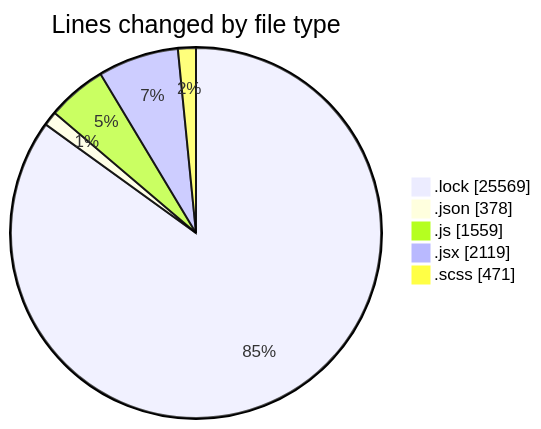
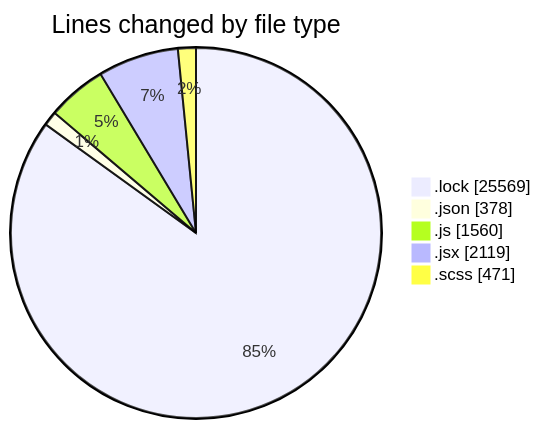
One commit to momahboobian/code-tracking changed the first of 2 diagrams in 2026-01-07/cda/README.md. Above: the diagram before and after it, drawn with Mermaid. The commit also changed other lines of this file and 1 other file, not shown here.

````diff
--- a/2026-01-07/cda/README.md
+++ b/2026-01-07/cda/README.md
@@ -50,9 +50,9 @@
 ```mermaid
 pie showData
 title Lines changed by file type
 ".lock" : 25569
 ".json" : 378
-".js" : 1559
+".js" : 1560
 ".jsx" : 2119
 ".scss" : 471
 ```
````
